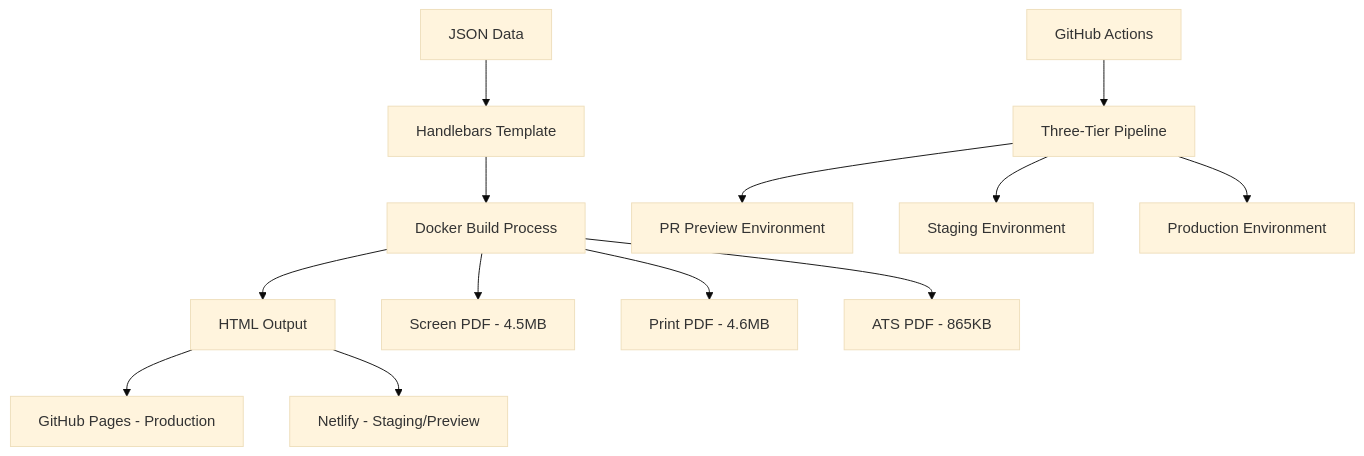
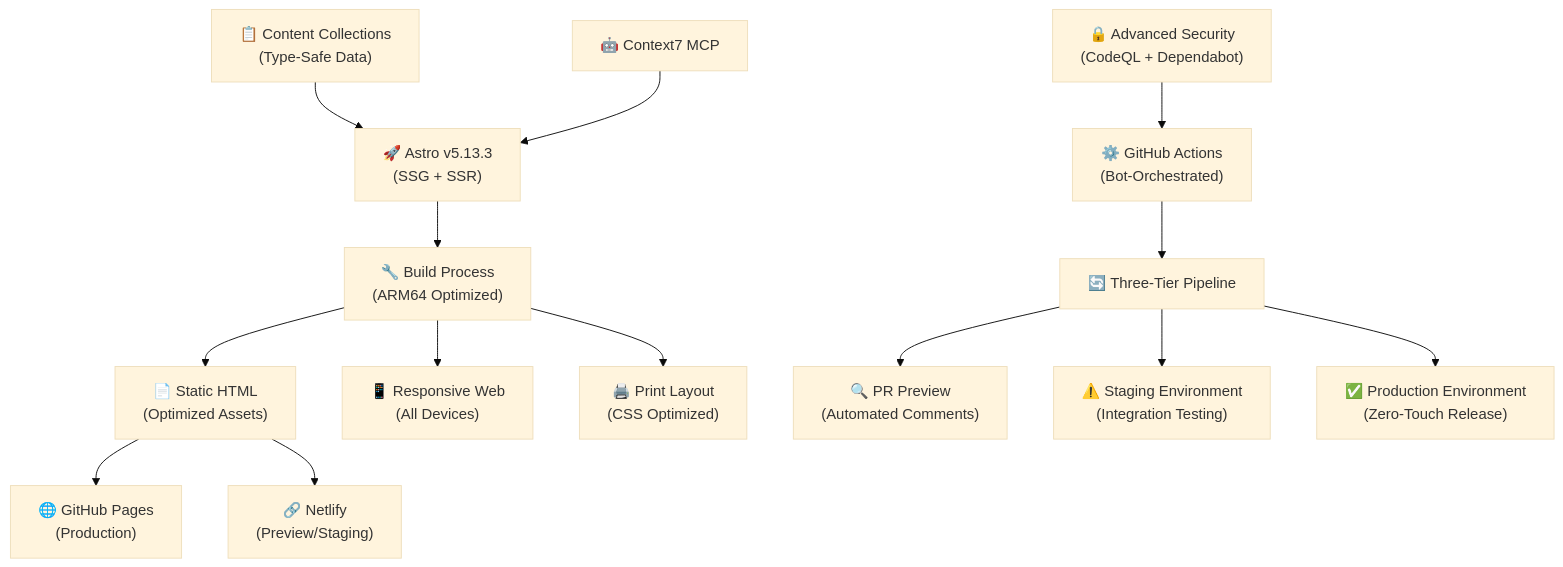
The diagram in README.md (rafilkmp3/resume-as-code), drawn with Mermaid (base theme) before and after one commit. The commit also changed other lines of this file and 5 other files, not shown here.

First line of the commit message:
feat: modernize docs with Astro v5.13.3 + fix Dependabot

````diff
--- a/README.md
+++ b/README.md
@@ -29,17 +29,19 @@
 ```mermaid
 graph TB
-    A[JSON Data] --> B[Handlebars Template]
-    B --> C[Docker Build Process]
-    C --> D[HTML Output]
-    C --> E[Screen PDF - 4.5MB]
-    C --> F[Print PDF - 4.6MB] 
-    C --> G[ATS PDF - 865KB]
+    A["📋 Content Collections<br/>(Type-Safe Data)"] --> B["🚀 Astro v5.13.3<br/>(SSG + SSR)"] 
+    B --> C["🔧 Build Process<br/>(ARM64 Optimized)"]
+    C --> D["📄 Static HTML<br/>(Optimized Assets)"]
+    C --> E["📱 Responsive Web<br/>(All Devices)"]
+    C --> F["🖨️ Print Layout<br/>(CSS Optimized)"]
     
-    D --> H[GitHub Pages - Production]
-    D --> I[Netlify - Staging/Preview]
+    D --> H["🌐 GitHub Pages<br/>(Production)"]
+    D --> I["🔗 Netlify<br/>(Preview/Staging)"]
     
-    J[GitHub Actions] --> K[Three-Tier Pipeline]
-    K --> L[PR Preview Environment]
-    K --> M[Staging Environment]
-    K --> N[Production Environment]
+    J["⚙️ GitHub Actions<br/>(Bot-Orchestrated)"] --> K["🔄 Three-Tier Pipeline"]
+    K --> L["🔍 PR Preview<br/>(Automated Comments)"]
+    K --> M["⚠️ Staging Environment<br/>(Integration Testing)"]
+    K --> N["✅ Production Environment<br/>(Zero-Touch Release)"]
+    
+    O["🤖 Context7 MCP"] --> B
+    P["🔒 Advanced Security<br/>(CodeQL + Dependabot)"] --> J
 ```
````
